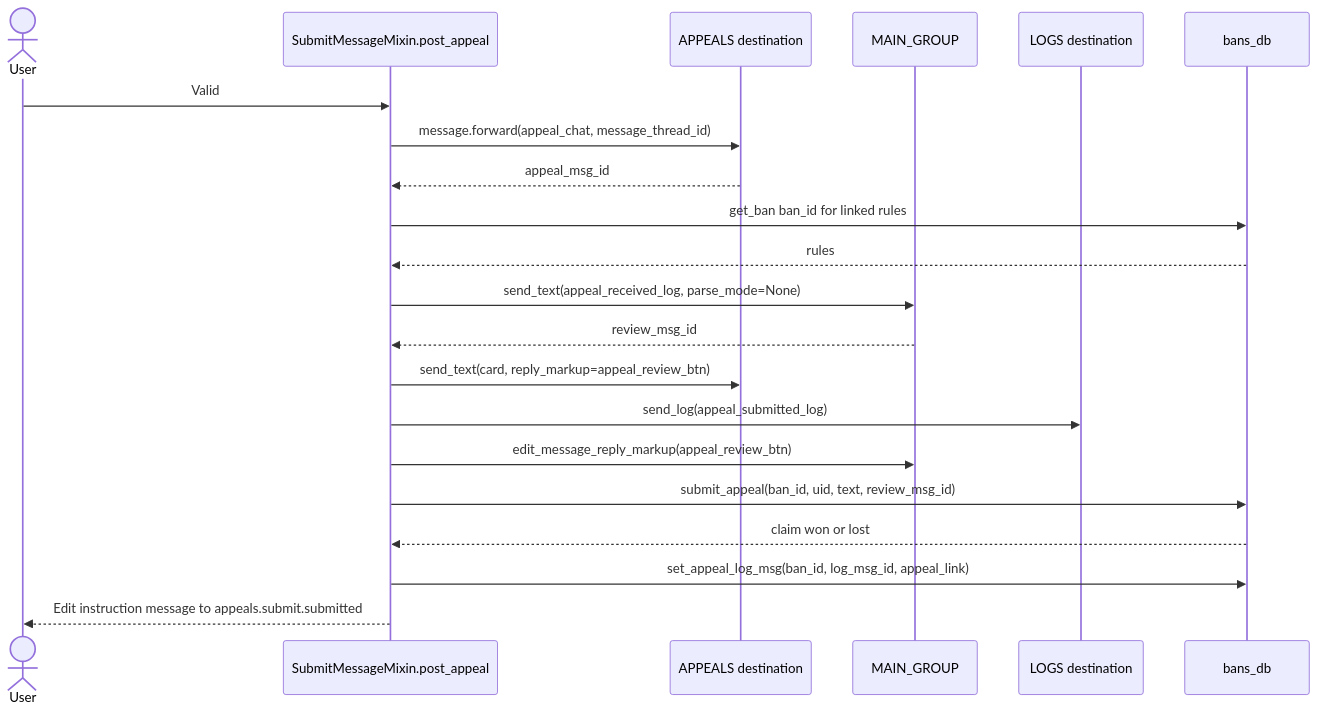
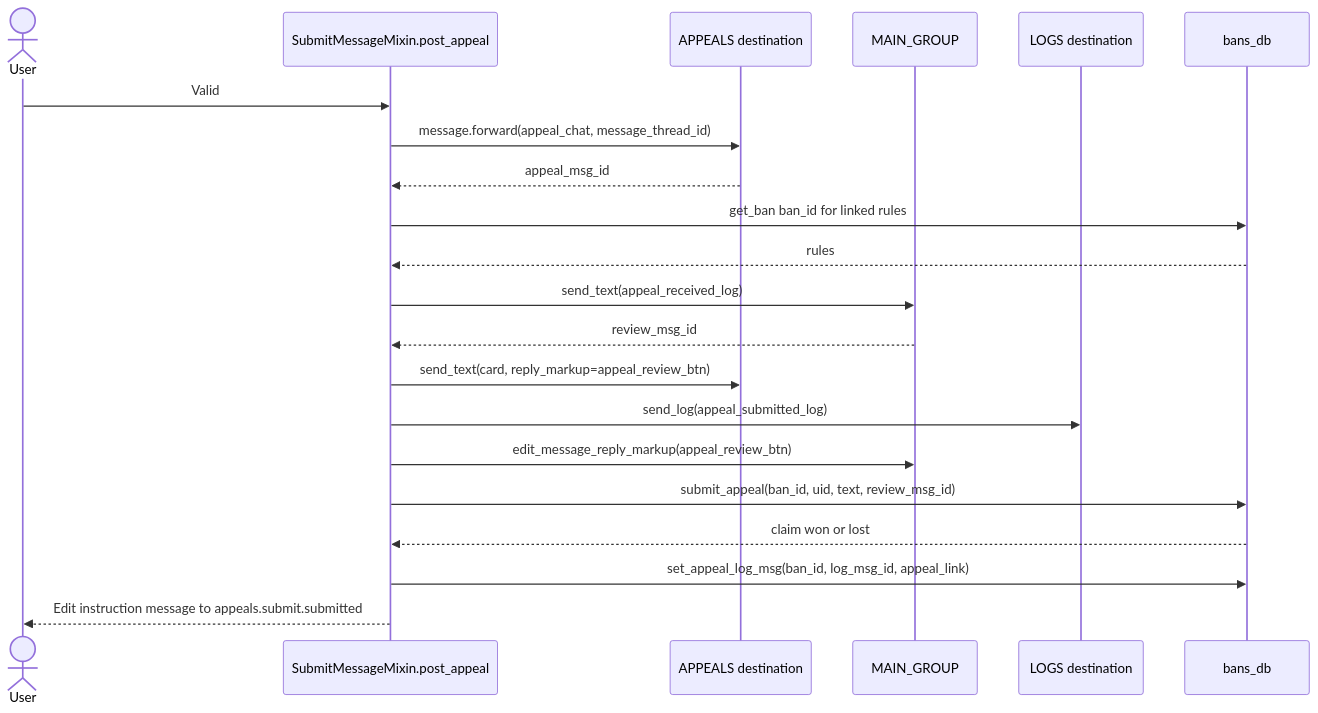
Before and after one commit to D1ZZY4/tcbot: the second of 4 diagrams in docs/flows/appeals.md, drawn with Mermaid. The commit also changed 10 other files, not shown here.

````diff
--- a/docs/flows/appeals.md
+++ b/docs/flows/appeals.md
@@ -64,23 +64,23 @@
 ```mermaid
 sequenceDiagram
     actor User
     participant Flow as SubmitMessageMixin.post_appeal
     participant Appeals as APPEALS destination
     participant Group as MAIN_GROUP
     participant Logs as LOGS destination
     participant DB as bans_db
     User->>Flow: Valid #appeal text
     Flow->>Appeals: message.forward(appeal_chat, message_thread_id)
     Appeals-->>Flow: appeal_msg_id
     Flow->>DB: get_ban ban_id for linked rules
     DB-->>Flow: rules
-    Flow->>Group: send_text(appeal_received_log, parse_mode=None)
+    Flow->>Group: send_text(appeal_received_log)
     Group-->>Flow: review_msg_id
     Flow->>Appeals: send_text(card, reply_markup=appeal_review_btn)
     Flow->>Logs: send_log(appeal_submitted_log)
     Flow->>Group: edit_message_reply_markup(appeal_review_btn)
     Flow->>DB: submit_appeal(ban_id, uid, text, review_msg_id)
     DB-->>Flow: claim won or lost
     Flow->>DB: set_appeal_log_msg(ban_id, log_msg_id, appeal_link)
     Flow-->>User: Edit instruction message to appeals.submit.submitted
 ```
````
